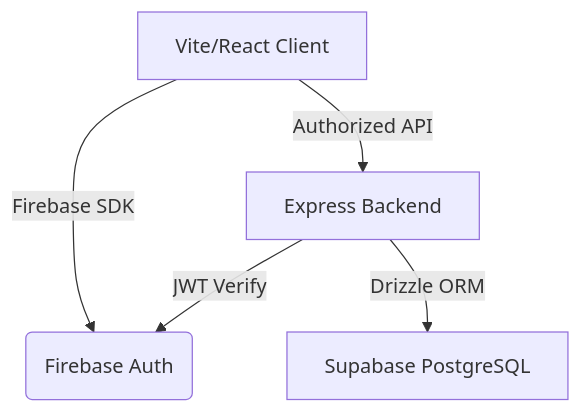
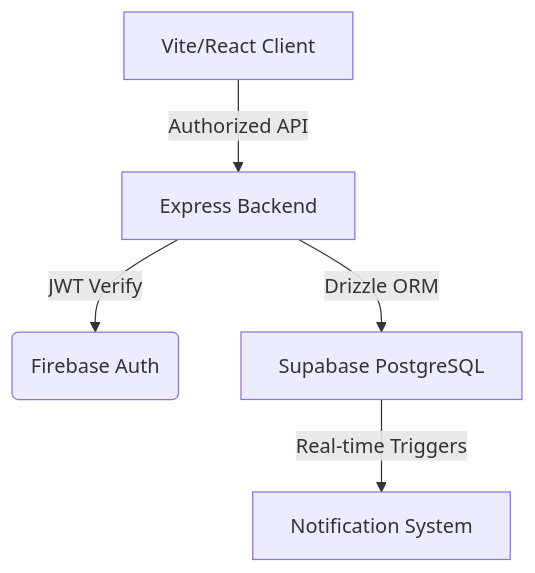
The diagram in README.md (themxtr/login-1), drawn with Mermaid before and after one commit. The commit also changed other lines of this file, not shown here.

````diff
--- a/README.md
+++ b/README.md
@@ -90,7 +62,7 @@
 ```mermaid
 graph TD
-    A[Vite/React Client] -->|Firebase SDK| B(Firebase Auth)
-    A -->|Authorized API| C[Express Backend]
-    C -->|JWT Verify| B
+    A[Vite/React Client] -->|Authorized API| C[Express Backend]
+    C -->|JWT Verify| B(Firebase Auth)
     C -->|Drizzle ORM| D[Supabase PostgreSQL]
+    D -->|Real-time Triggers| E[Notification System]
 ```
````
